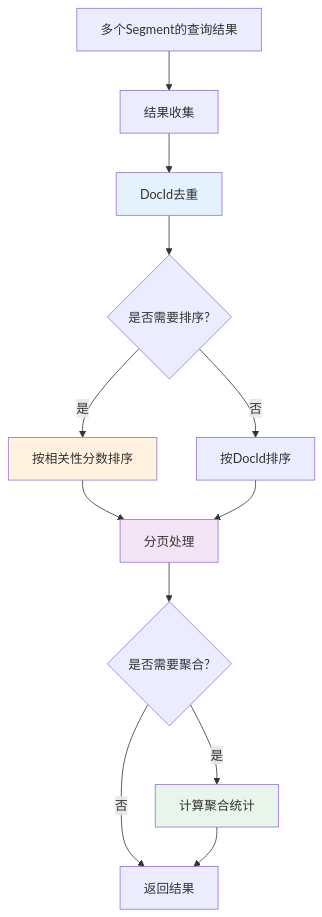
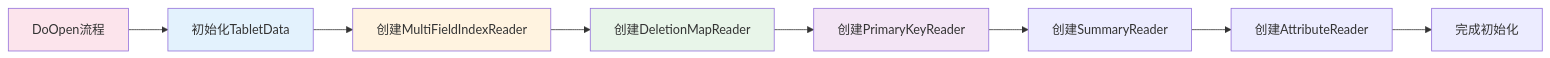
Before and after one commit to zhouzhilong-commits/zhouzhilong-commits.github.io: diagram 16 of 25 in _posts/2025-06-11-indexlib-4-query-flow.md, drawn with Mermaid. The commit also changed other lines of this file and 161 other files, not shown here.

````diff
--- a/_posts/2025-06-11-indexlib-4-query-flow.md
+++ b/_posts/2025-06-11-indexlib-4-query-flow.md
@@ -517,19 +1051,17 @@
 ```mermaid
-graph TD
-    A[多个Segment的查询结果] --> B[结果收集]
-    B --> C[DocId去重]
-    C --> D{是否需要排序?}
-    D -->|是| E[按相关性分数排序]
-    D -->|否| F[按DocId排序]
-    E --> G[分页处理]
-    F --> G
-    G --> H{是否需要聚合?}
-    H -->|是| I[计算聚合统计]
-    H -->|否| J[返回结果]
-    I --> J
+graph LR
+    A[初始化TabletData] --> B[创建MultiFieldIndexReader]
+    B --> C[创建DeletionMapReader]
+    C --> D[创建PrimaryKeyReader]
+    D --> E[创建SummaryReader]
+    E --> F[创建AttributeReader]
     
-    style C fill:#e3f2fd
-    style E fill:#fff3e0
-    style G fill:#f3e5f5
-    style I fill:#e8f5e9
+    G[DoOpen流程] --> A
+    F --> H[完成初始化]
+    
+    style A fill:#e3f2fd
+    style B fill:#fff3e0
+    style C fill:#e8f5e9
+    style D fill:#f3e5f5
+    style G fill:#fce4ec
 ```
````
